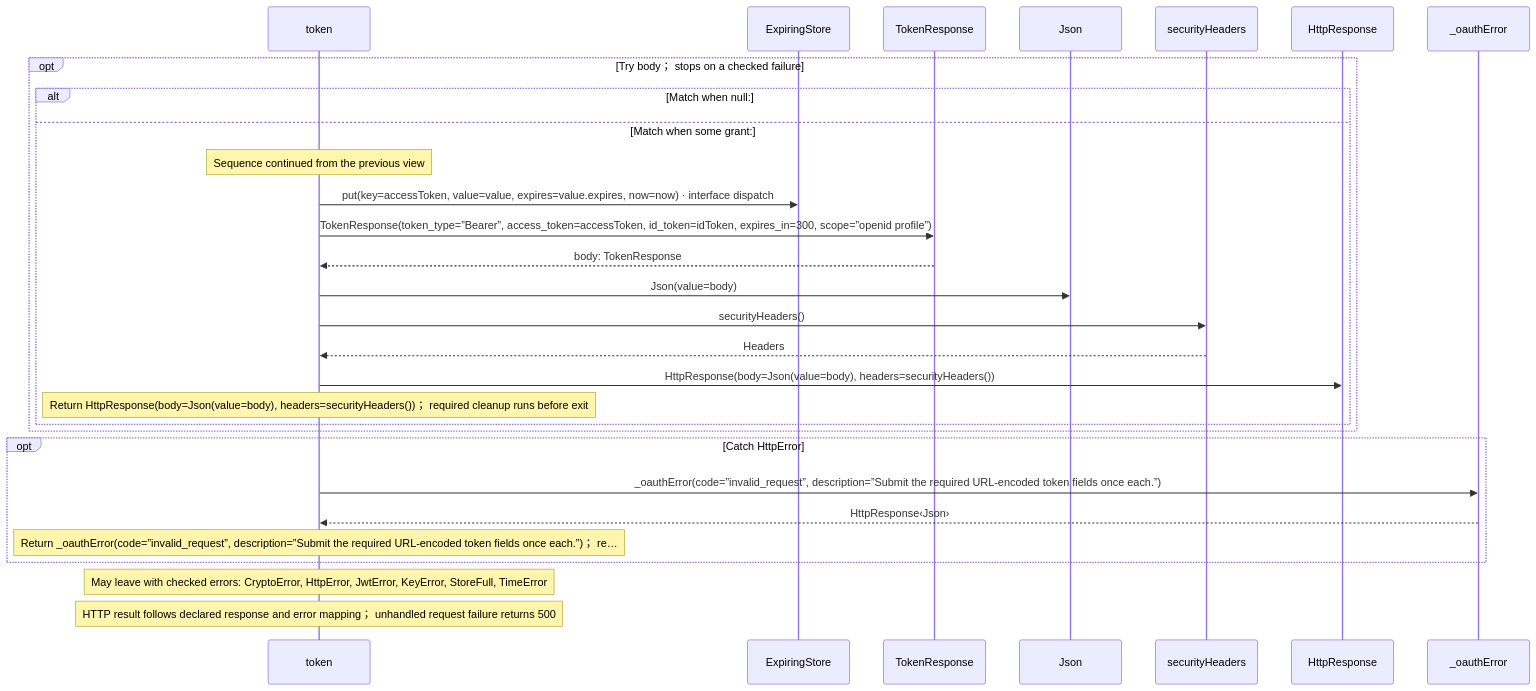
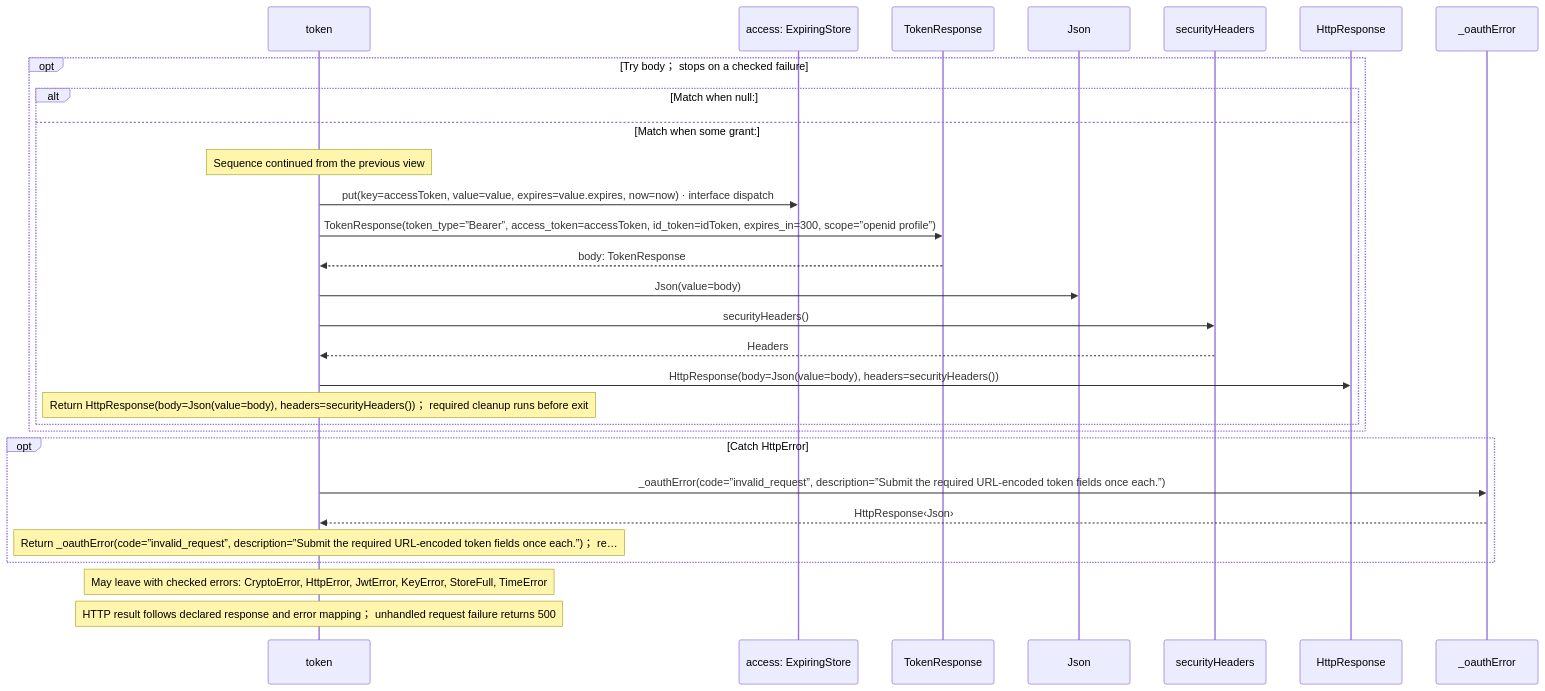
One commit to GreenPandaStudios/augscript changed the sixth of 6 diagrams in docs/examples/oidc-login/provider/token-diagrams.md. Above: the diagram before and after it, drawn with Mermaid. The commit also changed other lines of this file and 102 other files, not shown here.

Commit message:
Keep named service receivers distinct in sequence data flow

````diff
--- a/docs/examples/oidc-login/provider/token-diagrams.md
+++ b/docs/examples/oidc-login/provider/token-diagrams.md
@@ -223,31 +223,31 @@
 ```mermaid
 sequenceDiagram
     participant p0 as token
-    participant p1 as ExpiringStore
+    participant p1 as access: ExpiringStore
     participant p2 as TokenResponse
     participant p3 as Json
     participant p4 as securityHeaders
     participant p5 as HttpResponse
     participant p6 as _oauthError
     opt Try body； stops on a checked failure
     alt Match when null:
     else Match when some grant:
     Note over p0: Sequence continued from the previous view
     p0->>p1: put(key=accessToken, value=value, expires=value.expires, now=now) · interface dispatch
     p0->>p2: TokenResponse(token_type=”Bearer”, access_token=accessToken, id_token=idToken, expires_in=300, scope=”openid profile”)
     p2-->>p0: body: TokenResponse
     p0->>p3: Json(value=body)
     p0->>p4: securityHeaders()
     p4-->>p0: Headers
     p0->>p5: HttpResponse(body=Json(value=body), headers=securityHeaders())
     Note over p0: Return HttpResponse(body=Json(value=body), headers=securityHeaders())； required cleanup runs before exit
     end
     end
     opt Catch HttpError
     p0->>p6: _oauthError(code=”invalid_request”, description=”Submit the required URL-encoded token fields once each.”)
     p6-->>p0: HttpResponse‹Json›
     Note over p0: Return _oauthError(code=”invalid_request”, description=”Submit the required URL-encoded token fields once each.”)； re…
     end
     Note over p0: May leave with checked errors: CryptoError, HttpError, JwtError, KeyError, StoreFull, TimeError
     Note over p0: HTTP result follows declared response and error mapping； unhandled request failure returns 500
 ```
````
